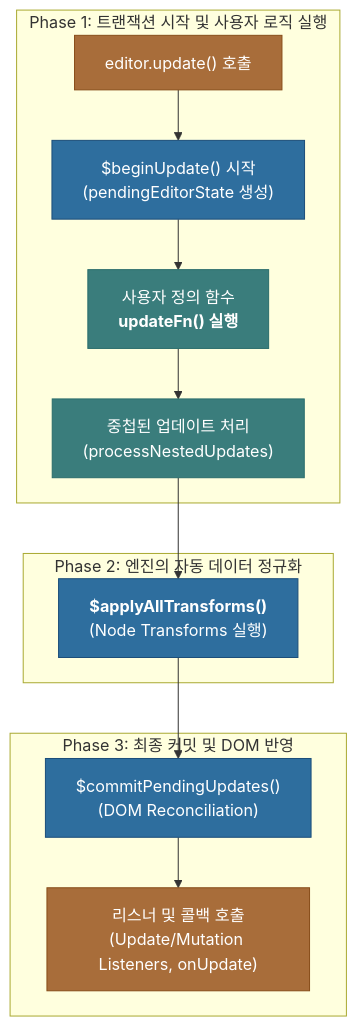
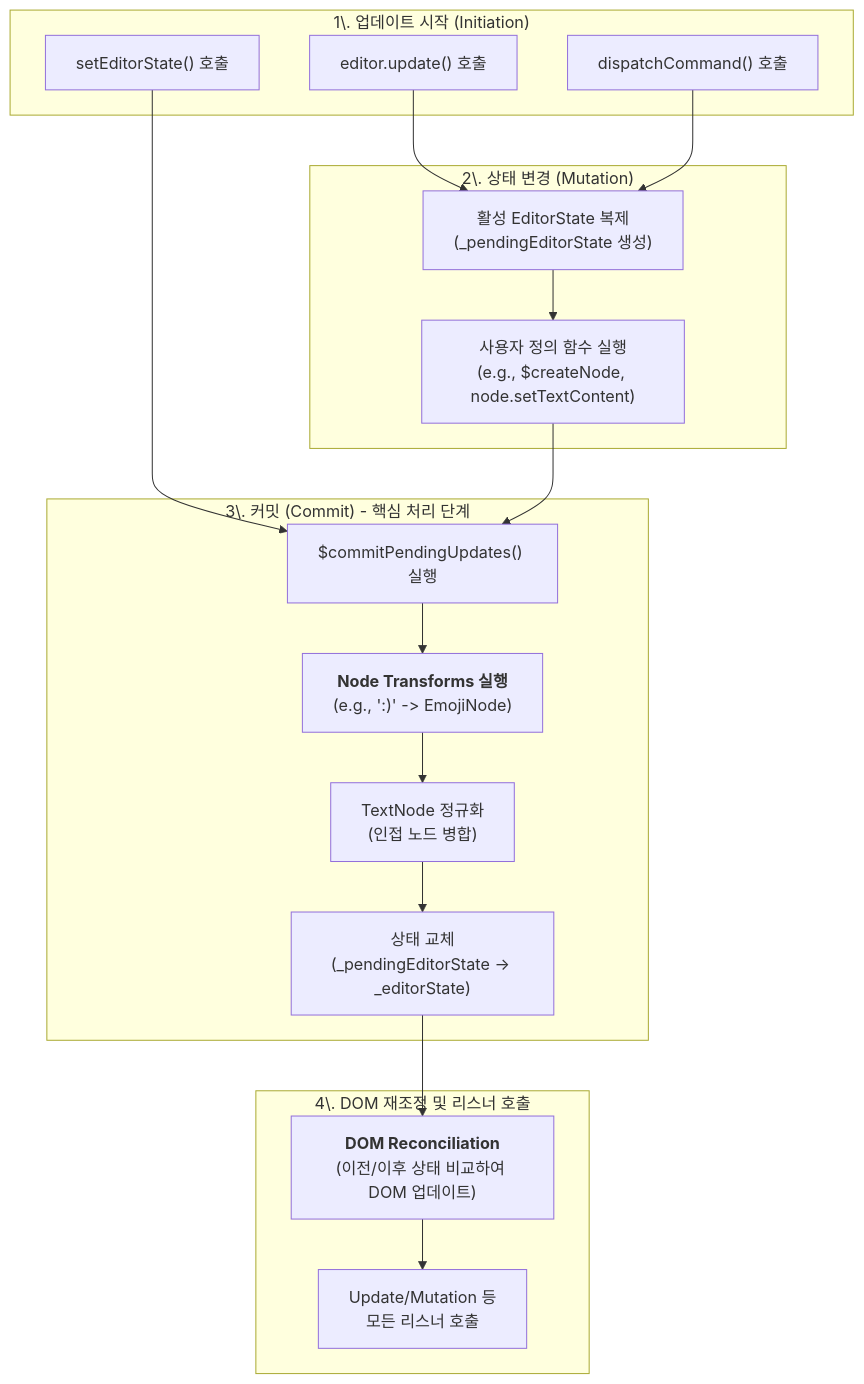
The diagram in .cursor/memory_bank/analysis/update_mechanism/01_update_mechanism_overview.md (Doosies/lexical), drawn with Mermaid before and after one commit. The commit also changed other lines of this file and 46 other files, not shown here.

````diff
--- a/.cursor/memory_bank/analysis/update_mechanism/01_update_mechanism_overview.md
+++ b/.cursor/memory_bank/analysis/update_mechanism/01_update_mechanism_overview.md
@@ -36,24 +11,32 @@
 ```mermaid
 graph TD
-    classDef primary fill:#2E6E9E,stroke:#1C4E7A,color:#fff;
-    classDef component fill:#3A7D7C,stroke:#2A6D6C,color:#fff;
-    classDef io fill:#A86D3A,stroke:#884D1A,color:#fff;
-
-    subgraph "Phase 1: 트랜잭션 시작 및 사용자 로직 실행"
-        A["editor.update() 호출"]:::io
-        B["$beginUpdate() 시작<br/>(pendingEditorState 생성)"]:::primary
-        C["사용자 정의 함수<br/><b>updateFn() 실행</b>"]:::component
-        D["중첩된 업데이트 처리<br/>(processNestedUpdates)"]:::component
+    subgraph "1\. 업데이트 시작 (Initiation)"
+        A["editor.update() 호출"]
+        B["setEditorState() 호출"]
+        C["dispatchCommand() 호출"]
     end
 
-    subgraph "Phase 2: 엔진의 자동 데이터 정규화"
-        E["<b>$applyAllTransforms()</b><br/>(Node Transforms 실행)"]:::primary
+    subgraph "2\. 상태 변경 (Mutation)"
+        D["활성 EditorState 복제<br/>(_pendingEditorState 생성)"]
+        E["사용자 정의 함수 실행<br/>(e.g., $createNode, node.setTextContent)"]
+    end
+    
+    subgraph "3\. 커밋 (Commit) - 핵심 처리 단계"
+        F["$commitPendingUpdates() 실행"]
+        G["<b>Node Transforms 실행</b><br/>(e.g., ':)' -> EmojiNode)"]
+        H["TextNode 정규화<br/>(인접 노드 병합)"]
+        I["상태 교체<br/>(_pendingEditorState -> _editorState)"]
     end
 
-    subgraph "Phase 3: 최종 커밋 및 DOM 반영"
-        F["$commitPendingUpdates()<br/>(DOM Reconciliation)"]:::primary
-        G["리스너 및 콜백 호출<br/>(Update/Mutation Listeners, onUpdate)"]:::io
+    subgraph "4\. DOM 재조정 및 리스너 호출"
+        J["<b>DOM Reconciliation</b><br/>(이전/이후 상태 비교하여 DOM 업데이트)"]
+        K["Update/Mutation 등<br/>모든 리스너 호출"]
     end
+
+    A --> D;
+    B --> F;
+    C --> D;
     
-    A --> B --> C --> D --> E --> F --> G
+    D --> E --> F;
+    F --> G --> H --> I --> J --> K;
 ```
````
